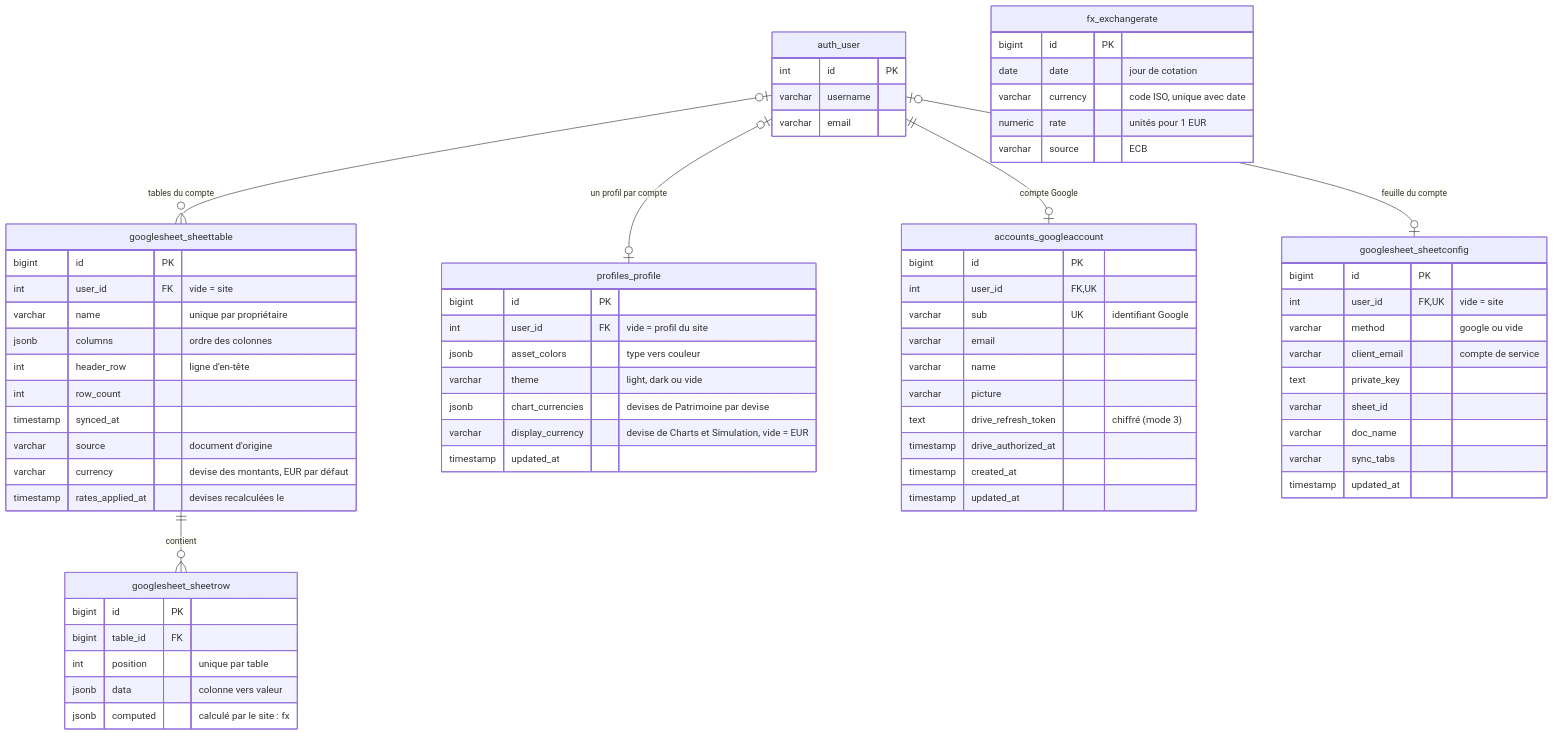
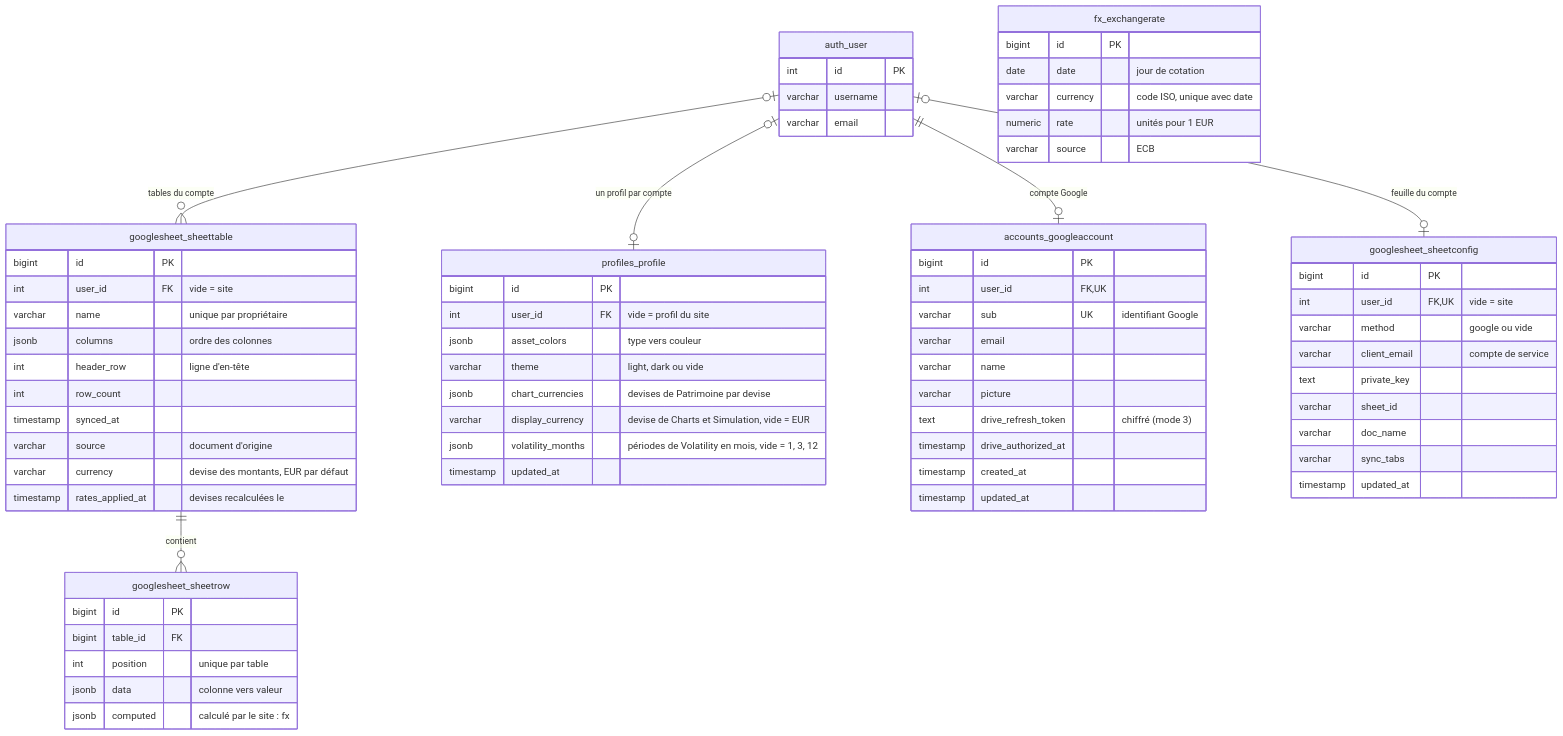
The diagram in README.md (Sleaum/vibe_overfolio), drawn with Mermaid before and after one commit. The commit also changed other lines of this file and 16 other files, not shown here.

First line of the commit message:
Volatility : périodes au choix, ajoutées ou retirées, gardées sur le compte

````diff
--- a/README.md
+++ b/README.md
@@ -504,71 +505,72 @@
 ```mermaid
 erDiagram
   googlesheet_sheettable ||--o{ googlesheet_sheetrow : "contient"
   auth_user |o--o| profiles_profile : "un profil par compte"
   auth_user ||--o| accounts_googleaccount : "compte Google"
   auth_user |o--o{ googlesheet_sheettable : "tables du compte"
   auth_user |o--o| googlesheet_sheetconfig : "feuille du compte"
   googlesheet_sheettable {
     bigint id PK
     int user_id FK "vide = site"
     varchar name "unique par propriétaire"
     jsonb columns "ordre des colonnes"
     int header_row "ligne d'en-tête"
     int row_count
     timestamp synced_at
     varchar source "document d'origine"
     varchar currency "devise des montants, EUR par défaut"
     timestamp rates_applied_at "devises recalculées le"
   }
   googlesheet_sheetrow {
     bigint id PK
     bigint table_id FK
     int position "unique par table"
     jsonb data "colonne vers valeur"
     jsonb computed "calculé par le site : fx"
   }
   googlesheet_sheetconfig {
     bigint id PK
     int user_id FK, UK "vide = site"
     varchar method "google ou vide"
     varchar client_email "compte de service"
     text private_key
     varchar sheet_id
     varchar doc_name
     varchar sync_tabs
     timestamp updated_at
   }
   profiles_profile {
     bigint id PK
     int user_id FK "vide = profil du site"
     jsonb asset_colors "type vers couleur"
     varchar theme "light, dark ou vide"
     jsonb chart_currencies "devises de Patrimoine par devise"
     varchar display_currency "devise de Charts et Simulation, vide = EUR"
+    jsonb volatility_months "périodes de Volatility en mois, vide = 1, 3, 12"
     timestamp updated_at
   }
   accounts_googleaccount {
     bigint id PK
     int user_id FK, UK
     varchar sub UK "identifiant Google"
     varchar email
     varchar name
     varchar picture
     text drive_refresh_token "chiffré (mode 3)"
     timestamp drive_authorized_at
     timestamp created_at
     timestamp updated_at
   }
   fx_exchangerate {
     bigint id PK
     date date "jour de cotation"
     varchar currency "code ISO, unique avec date"
     numeric rate "unités pour 1 EUR"
     varchar source "ECB"
   }
   auth_user {
     int id PK
     varchar username
     varchar email
   }
 ```
````
